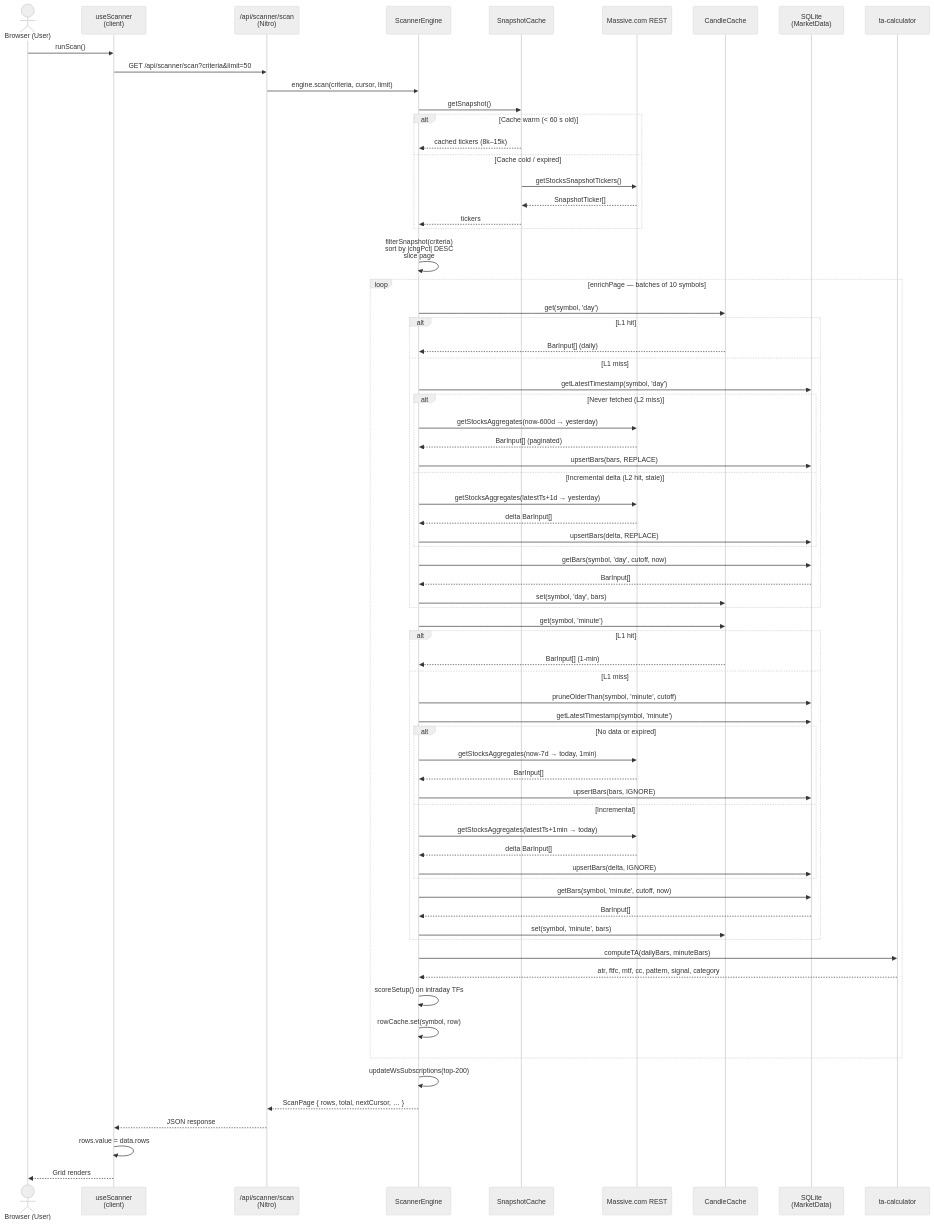
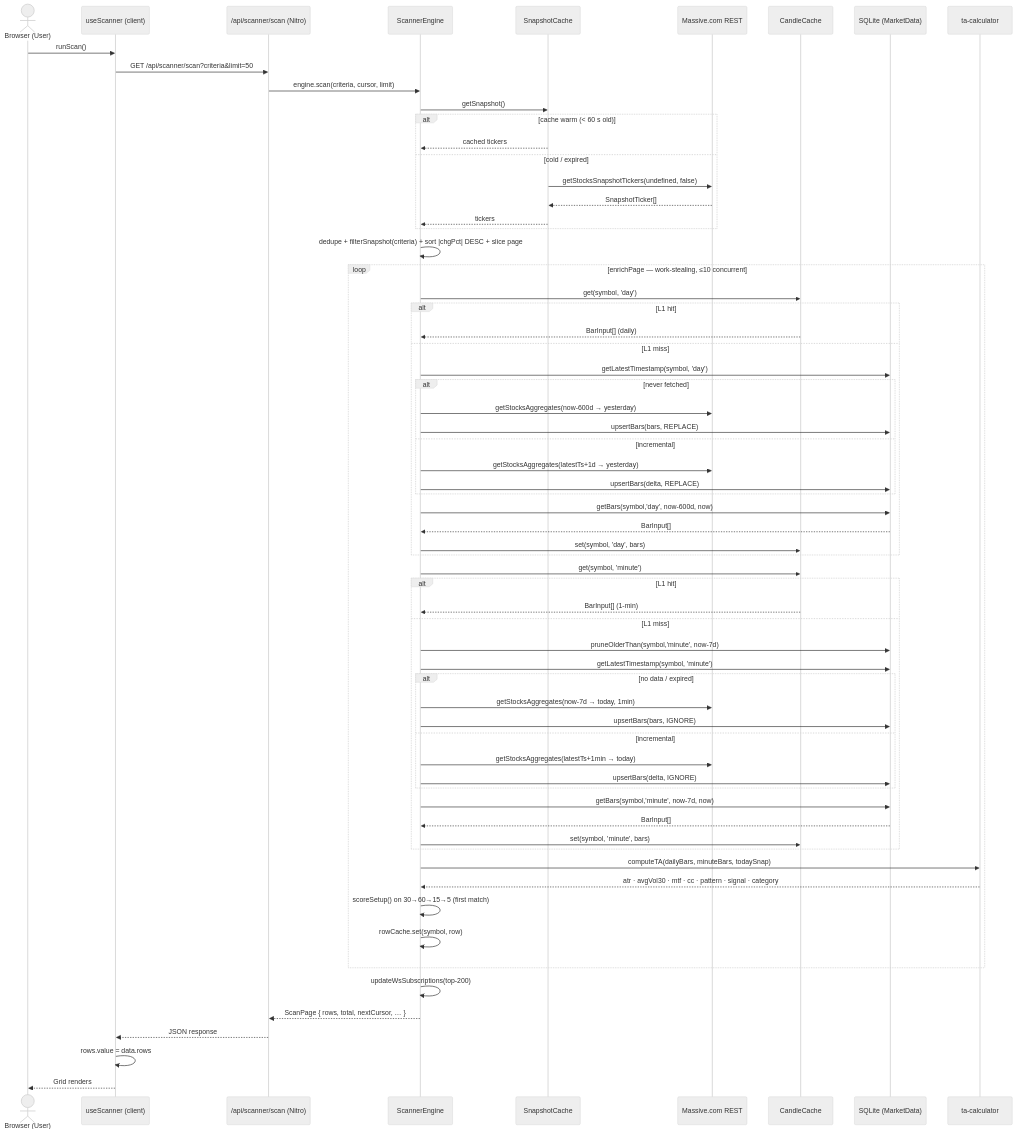
One commit to GerritKnoetze/pulse-trader changed the second of 4 diagrams in docs/DATA_ARCHITECTURE.md. Above: the diagram before and after it, drawn with Mermaid (neutral theme). The commit also changed other lines of this file and 3 other files, not shown here.

Commit message:
docs: rewrite data architecture doc

````diff
--- a/docs/DATA_ARCHITECTURE.md
+++ b/docs/DATA_ARCHITECTURE.md
@@ -777,79 +883,75 @@
 ```mermaid
 sequenceDiagram
     actor User as Browser (User)
-    participant SC as useScanner<br/>(client)
-    participant API as /api/scanner/scan<br/>(Nitro)
+    participant SC as useScanner (client)
+    participant API as /api/scanner/scan (Nitro)
     participant SE as ScannerEngine
     participant SnapC as SnapshotCache
     participant MassREST as Massive.com REST
     participant CC as CandleCache
-    participant DB as SQLite<br/>(MarketData)
+    participant DB as SQLite (MarketData)
     participant TA as ta-calculator
 
     User->>SC: runScan()
     SC->>API: GET /api/scanner/scan?criteria&limit=50
     API->>SE: engine.scan(criteria, cursor, limit)
 
     SE->>SnapC: getSnapshot()
-    alt Cache warm (< 60 s old)
-        SnapC-->>SE: cached tickers (8k–15k)
-    else Cache cold / expired
-        SnapC->>MassREST: getStocksSnapshotTickers()
+    alt cache warm (< 60 s old)
+        SnapC-->>SE: cached tickers
+    else cold / expired
+        SnapC->>MassREST: getStocksSnapshotTickers(undefined, false)
         MassREST-->>SnapC: SnapshotTicker[]
         SnapC-->>SE: tickers
     end
 
-    SE->>SE: filterSnapshot(criteria)<br/>sort by |chgPct| DESC<br/>slice page
+    SE->>SE: dedupe + filterSnapshot(criteria) + sort |chgPct| DESC + slice page
 
-    loop enrichPage — batches of 10 symbols
+    loop enrichPage — work-stealing, ≤10 concurrent
         SE->>CC: get(symbol, 'day')
         alt L1 hit
             CC-->>SE: BarInput[] (daily)
         else L1 miss
             SE->>DB: getLatestTimestamp(symbol, 'day')
-            alt Never fetched (L2 miss)
+            alt never fetched
                 SE->>MassREST: getStocksAggregates(now-600d → yesterday)
-                MassREST-->>SE: BarInput[] (paginated)
                 SE->>DB: upsertBars(bars, REPLACE)
-            else Incremental delta (L2 hit, stale)
+            else incremental
                 SE->>MassREST: getStocksAggregates(latestTs+1d → yesterday)
-                MassREST-->>SE: delta BarInput[]
                 SE->>DB: upsertBars(delta, REPLACE)
             end
-            SE->>DB: getBars(symbol, 'day', cutoff, now)
+            SE->>DB: getBars(symbol,'day', now-600d, now)
             DB-->>SE: BarInput[]
             SE->>CC: set(symbol, 'day', bars)
         end
 
         SE->>CC: get(symbol, 'minute')
         alt L1 hit
             CC-->>SE: BarInput[] (1-min)
         else L1 miss
-            SE->>DB: pruneOlderThan(symbol, 'minute', cutoff)
+            SE->>DB: pruneOlderThan(symbol,'minute', now-7d)
             SE->>DB: getLatestTimestamp(symbol, 'minute')
-            alt No data or expired
+            alt no data / expired
                 SE->>MassREST: getStocksAggregates(now-7d → today, 1min)
-                MassREST-->>SE: BarInput[]
                 SE->>DB: upsertBars(bars, IGNORE)
-            else Incremental
+            else incremental
                 SE->>MassREST: getStocksAggregates(latestTs+1min → today)
-                MassREST-->>SE: delta BarInput[]
                 SE->>DB: upsertBars(delta, IGNORE)
             end
-            SE->>DB: getBars(symbol, 'minute', cutoff, now)
+            SE->>DB: getBars(symbol,'minute', now-7d, now)
             DB-->>SE: BarInput[]
             SE->>CC: set(symbol, 'minute', bars)
         end
 
-        SE->>TA: computeTA(dailyBars, minuteBars)
-        TA-->>SE: atr, ftfc, mtf, cc, pattern, signal, category
-        SE->>SE: scoreSetup() on intraday TFs
+        SE->>TA: computeTA(dailyBars, minuteBars, todaySnap)
+        TA-->>SE: atr · avgVol30 · mtf · cc · pattern · signal · category
+        SE->>SE: scoreSetup() on 30→60→15→5 (first match)
         SE->>SE: rowCache.set(symbol, row)
     end
 
     SE->>SE: updateWsSubscriptions(top-200)
     SE-->>API: ScanPage { rows, total, nextCursor, … }
     API-->>SC: JSON response
     SC->>SC: rows.value = data.rows
     SC-->>User: Grid renders
 ```
````
